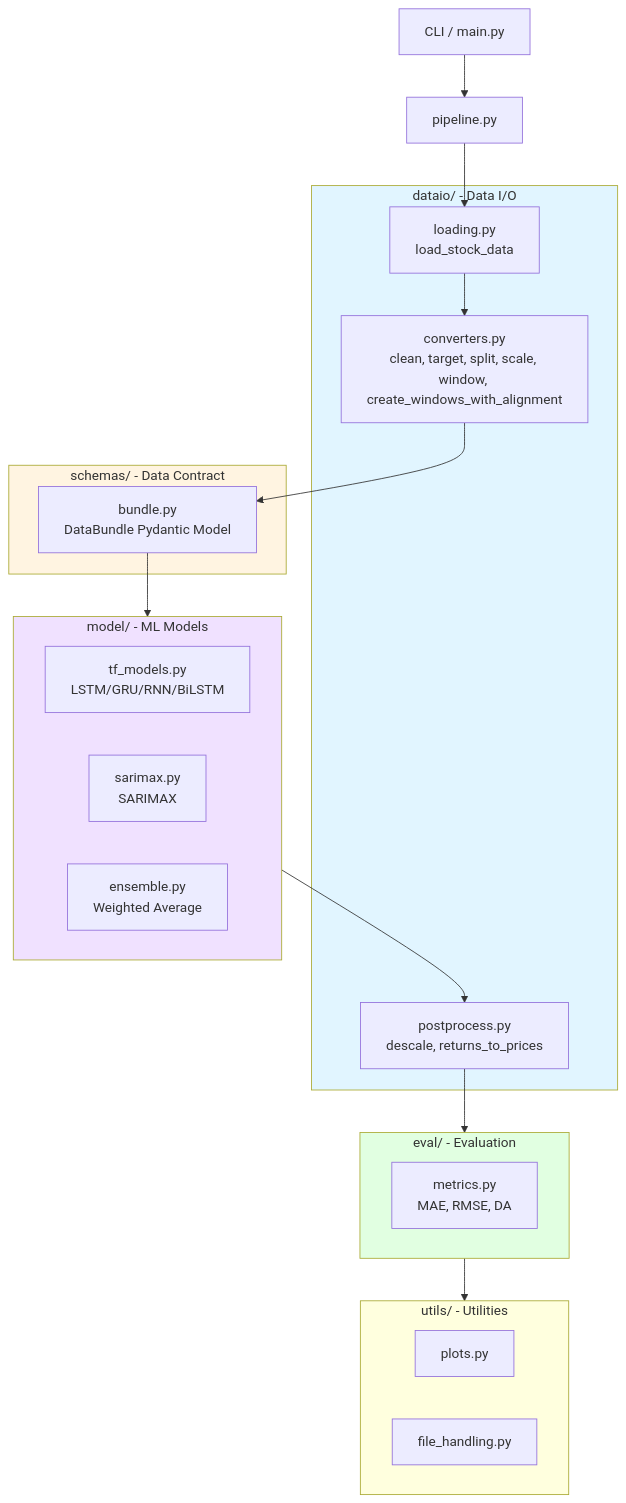
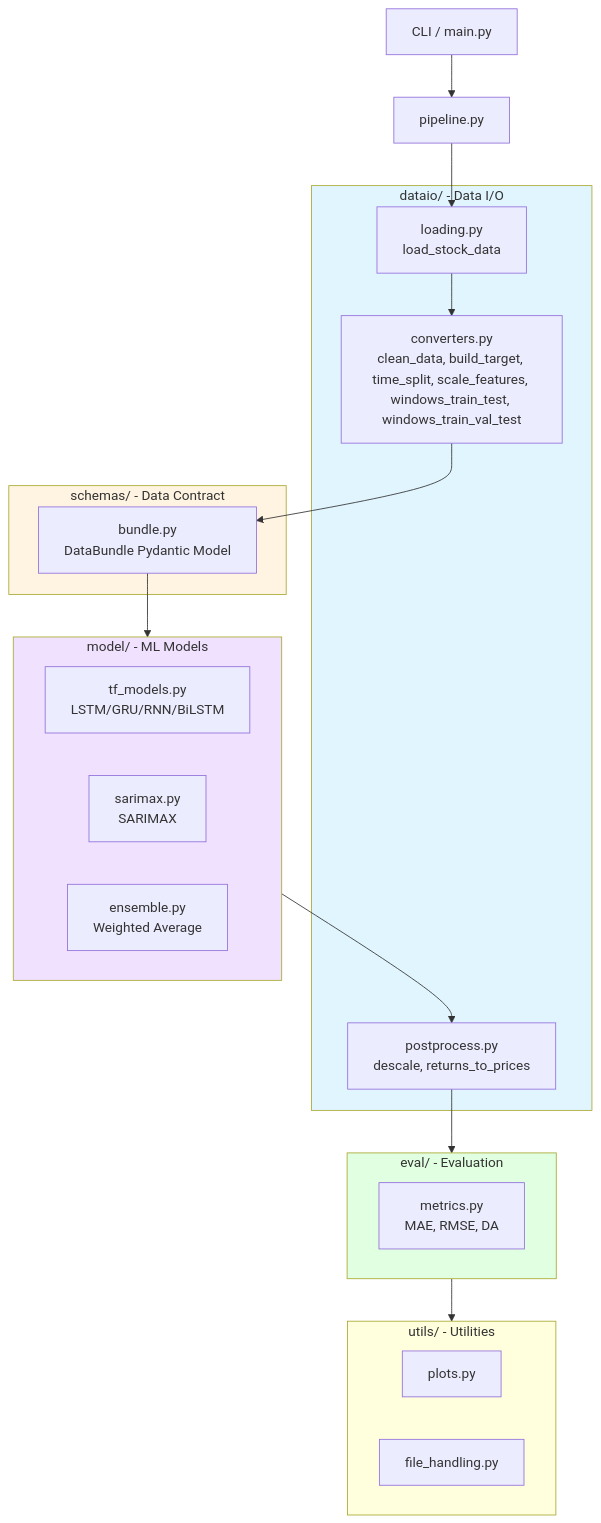
One commit to Leissha/stock_prediction changed the first of 3 diagrams in architecture.md. Above: the diagram before and after it, drawn with Mermaid. The commit also changed other lines of this file and 3 other files, not shown here.

Commit message:
update readme & architecture doc

````diff
--- a/architecture.md
+++ b/architecture.md
@@ -50,42 +44,42 @@
 ```mermaid
 graph TB
     CLI[CLI / main.py] --> PIPELINE[pipeline.py]
 
     subgraph DATAIO[dataio/ - Data I/O]
         LOAD[loading.py<br/>load_stock_data]
-        CONV[converters.py<br/>clean, target, split, scale, window, create_windows_with_alignment]
+        CONV[converters.py<br/>clean_data, build_target, time_split, scale_features, windows_train_test, windows_train_val_test]
         POST[postprocess.py<br/>descale, returns_to_prices]
     end
 
     subgraph SCHEMAS[schemas/ - Data Contract]
         BUNDLE[bundle.py<br/>DataBundle Pydantic Model]
     end
 
     subgraph MODELS[model/ - ML Models]
         TF[tf_models.py<br/>LSTM/GRU/RNN/BiLSTM]
         SARIMA[sarimax.py<br/>SARIMAX]
         ENS[ensemble.py<br/>Weighted Average]
     end
 
     subgraph EVAL[eval/ - Evaluation]
         METRICS[metrics.py<br/>MAE, RMSE, DA]
     end
 
     subgraph UTILS[utils/ - Utilities]
         PLOTS[plots.py]
         FILES[file_handling.py]
     end
 
     PIPELINE --> LOAD
     LOAD --> CONV
     CONV --> BUNDLE
     BUNDLE --> MODELS
     MODELS --> POST
     POST --> EVAL
     EVAL --> UTILS
 
     style DATAIO fill:#e1f5ff
     style SCHEMAS fill:#fff4e1
     style MODELS fill:#f0e1ff
     style EVAL fill:#e1ffe1
 ```
````
